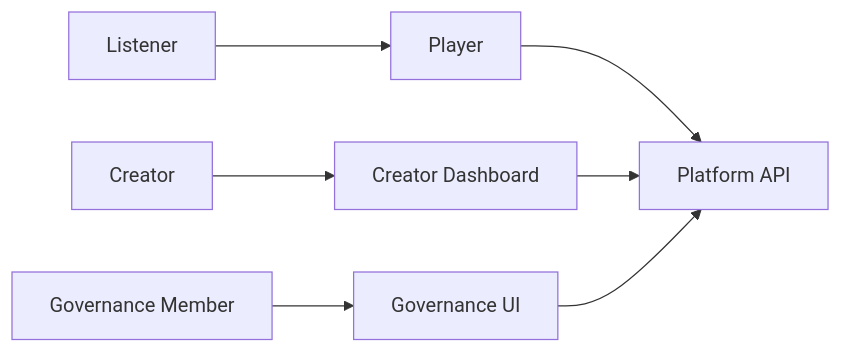
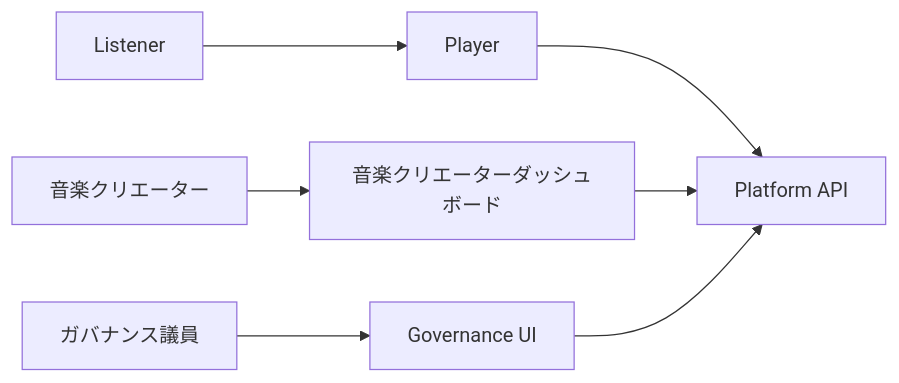
One commit to ShigeichiroYamasaki/creator-first-platform changed the third of 43 diagrams in docs/whitepaper/09-technology.md. Above: the diagram before and after it, drawn with Mermaid. The commit also changed other lines of this file and 67 other files, not shown here.

````diff
--- a/docs/whitepaper/09-technology.md
+++ b/docs/whitepaper/09-technology.md
@@ -122,14 +122,14 @@
 ```mermaid
 flowchart LR
     USER[Listener]
-    CREATOR[Creator]
-    MEMBER[Governance Member]
+    CREATOR[音楽クリエーター]
+    MEMBER[ガバナンス議員]
 
     USER --> PLAYER[Player]
-    CREATOR --> DASH[Creator Dashboard]
+    CREATOR --> DASH[音楽クリエーターダッシュボード]
     MEMBER --> GOVUI[Governance UI]
 
     PLAYER --> API[Platform API]
     DASH --> API
     GOVUI --> API
 ```
````
